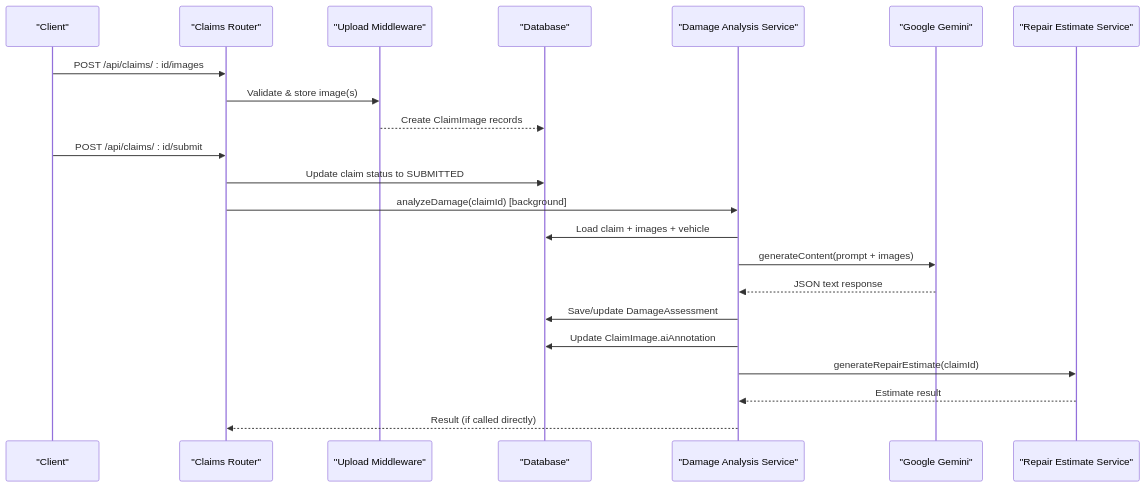
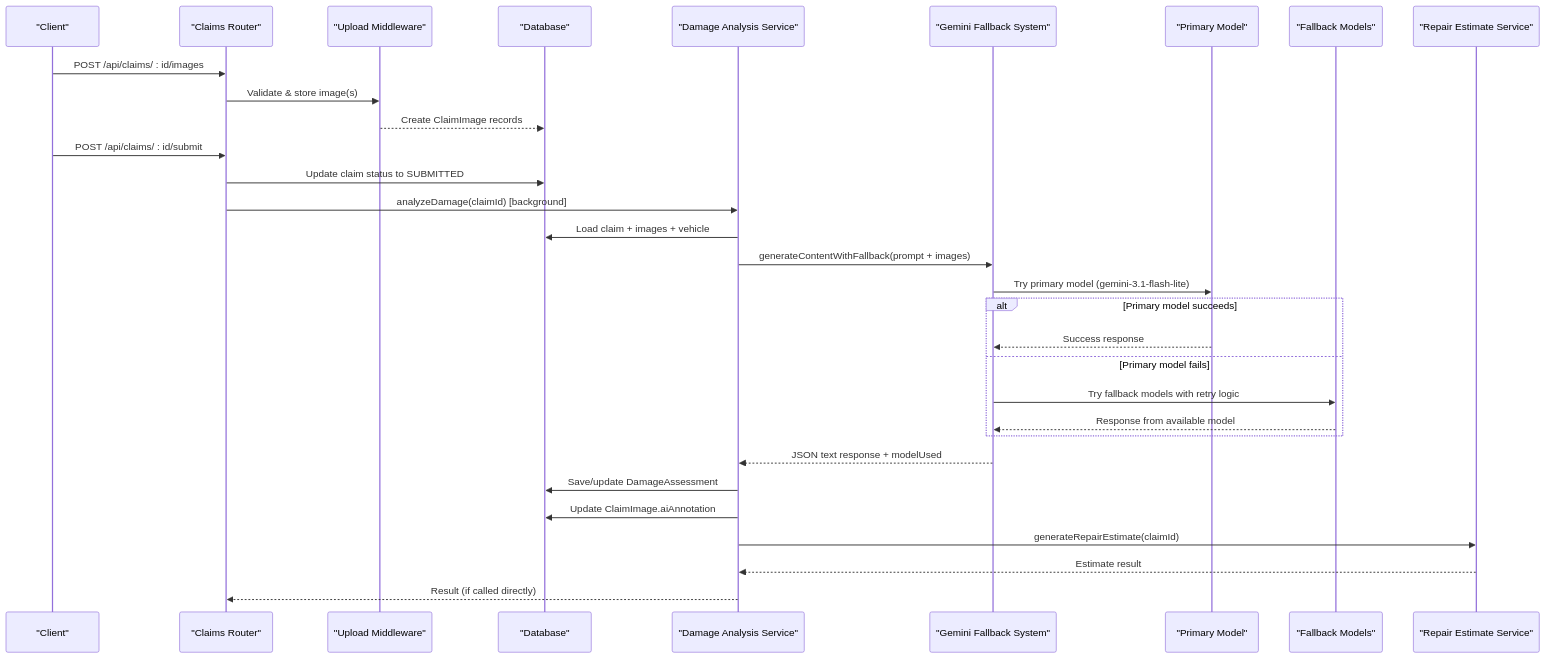
The second of 3 diagrams in .qoder/repowiki/en/content/AI Services Integration/Damage Analysis Service.md (NaveenHiranya/Smart-Vehicle-Insurance-Claim-System), drawn with Mermaid before and after one commit. The commit also changed other lines of this file and 41 other files, not shown here.

````diff
--- a/.qoder/repowiki/en/content/AI Services Integration/Damage Analysis Service.md
+++ b/.qoder/repowiki/en/content/AI Services Integration/Damage Analysis Service.md
@@ -84,24 +94,33 @@
 ```mermaid
 sequenceDiagram
 participant Client as "Client"
 participant Router as "Claims Router"
 participant Multer as "Upload Middleware"
 participant DB as "Database"
 participant Service as "Damage Analysis Service"
-participant Gemini as "Google Gemini"
+participant Fallback as "Gemini Fallback System"
+participant Model1 as "Primary Model"
+participant Model2 as "Fallback Models"
 participant Estimator as "Repair Estimate Service"
 Client->>Router : POST /api/claims/ : id/images
 Router->>Multer : Validate & store image(s)
 Multer-->>DB : Create ClaimImage records
 Client->>Router : POST /api/claims/ : id/submit
 Router->>DB : Update claim status to SUBMITTED
 Router->>Service : analyzeDamage(claimId) [background]
 Service->>DB : Load claim + images + vehicle
-Service->>Gemini : generateContent(prompt + images)
-Gemini-->>Service : JSON text response
+Service->>Fallback : generateContentWithFallback(prompt + images)
+Fallback->>Model1 : Try primary model (gemini-3.1-flash-lite)
+alt Primary model succeeds
+Model1-->>Fallback : Success response
+else Primary model fails
+Fallback->>Model2 : Try fallback models with retry logic
+Model2-->>Fallback : Response from available model
+end
+Fallback-->>Service : JSON text response + modelUsed
 Service->>DB : Save/update DamageAssessment
 Service->>DB : Update ClaimImage.aiAnnotation
 Service->>Estimator : generateRepairEstimate(claimId)
 Estimator-->>Service : Estimate result
 Service-->>Router : Result (if called directly)
 ```
````
